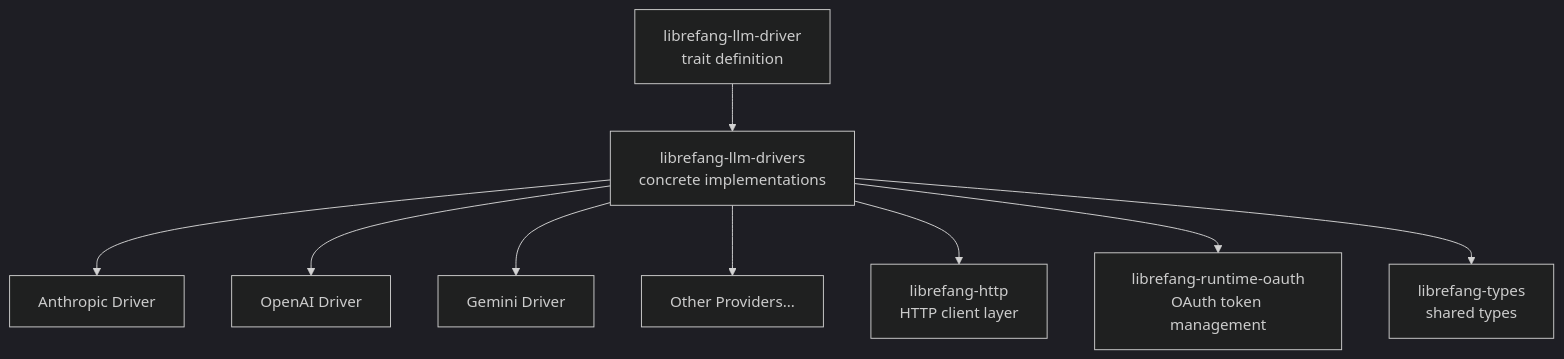
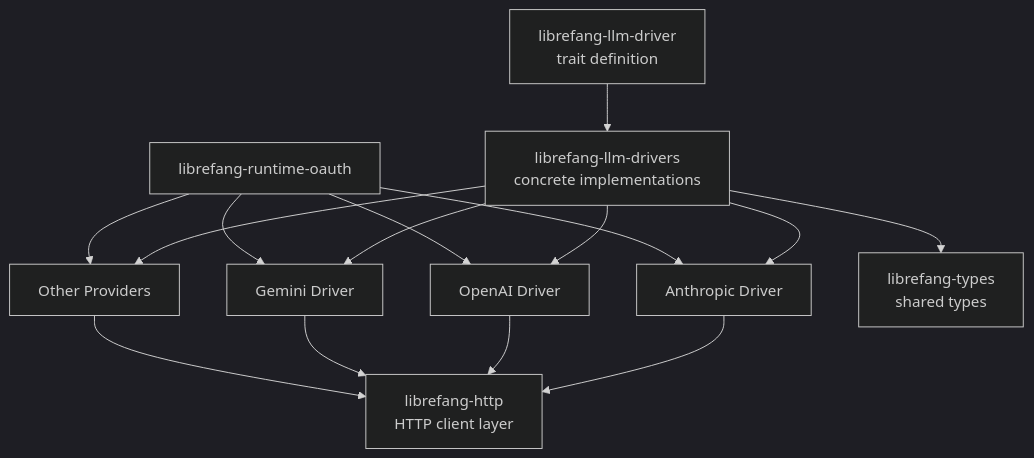
One commit to leszek3737/librefang-WIki changed the diagram in other-librefang-llm-drivers.md. Above: the diagram before and after it, drawn with Mermaid (dark theme). The commit also changed other lines of this file and 100 other files, not shown here.

````diff
--- a/other-librefang-llm-drivers.md
+++ b/other-librefang-llm-drivers.md
@@ -9,11 +13,11 @@
 ```mermaid
 graph TD
     A[librefang-llm-driver<br/>trait definition] --> B[librefang-llm-drivers<br/>concrete implementations]
     B --> C[Anthropic Driver]
     B --> D[OpenAI Driver]
     B --> E[Gemini Driver]
-    B --> F[Other Providers...]
-    B --> G[librefang-http<br/>HTTP client layer]
-    B --> H[librefang-runtime-oauth<br/>OAuth token management]
+    B --> F[Other Providers]
+    C & D & E & F --> G[librefang-http<br/>HTTP client layer]
+    H[librefang-runtime-oauth] --> C & D & E & F
     B --> I[librefang-types<br/>shared types]
 ```
````
